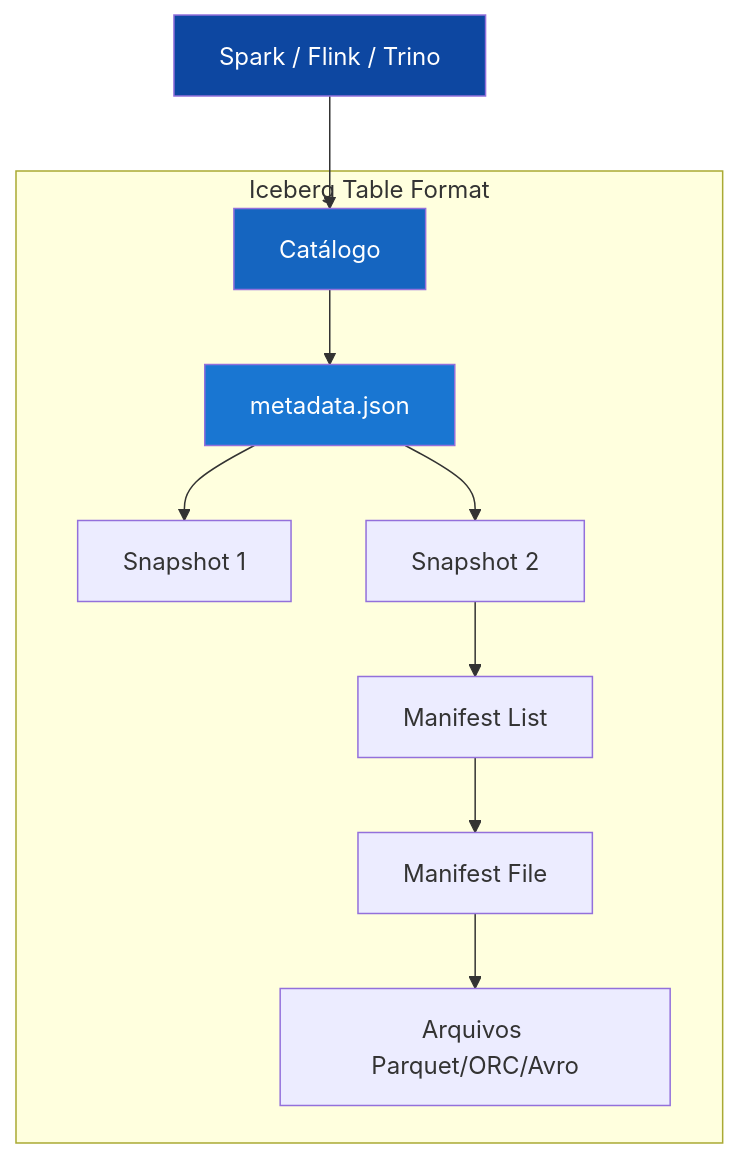
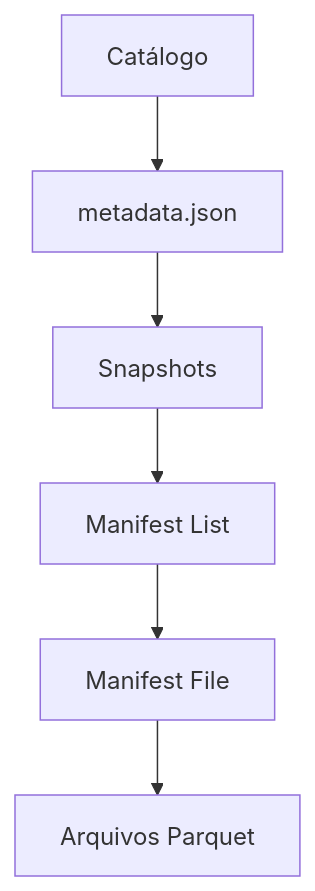
Before and after one commit to gustavofelisbino/Apache-Spark: the first of 2 diagrams in docs/iceberg.md, drawn with Mermaid. The commit also changed other lines of this file and 4 other files, not shown here.

````diff
--- a/docs/iceberg.md
+++ b/docs/iceberg.md
@@ -14,25 +15,8 @@
 ```mermaid
 graph TD
-    subgraph "Iceberg Table Format"
-        A[Catálogo]
-        B[metadata.json]
-        C[Snapshot 1]
-        D[Snapshot 2]
-        E[Manifest List]
-        F[Manifest File]
-        G[Arquivos Parquet/ORC/Avro]
-
-        A --> B
-        B --> C
-        B --> D
-        D --> E
-        E --> F
-        F --> G
-    end
-
-    H[Spark / Flink / Trino] --> A
-
-    style A fill:#1565c0,color:#fff
-    style B fill:#1976d2,color:#fff
-    style H fill:#0d47a1,color:#fff
+    A[Catálogo] --> B[metadata.json]
+    B --> C[Snapshots]
+    C --> D[Manifest List]
+    D --> E[Manifest File]
+    E --> F[Arquivos Parquet]
 ```
````
